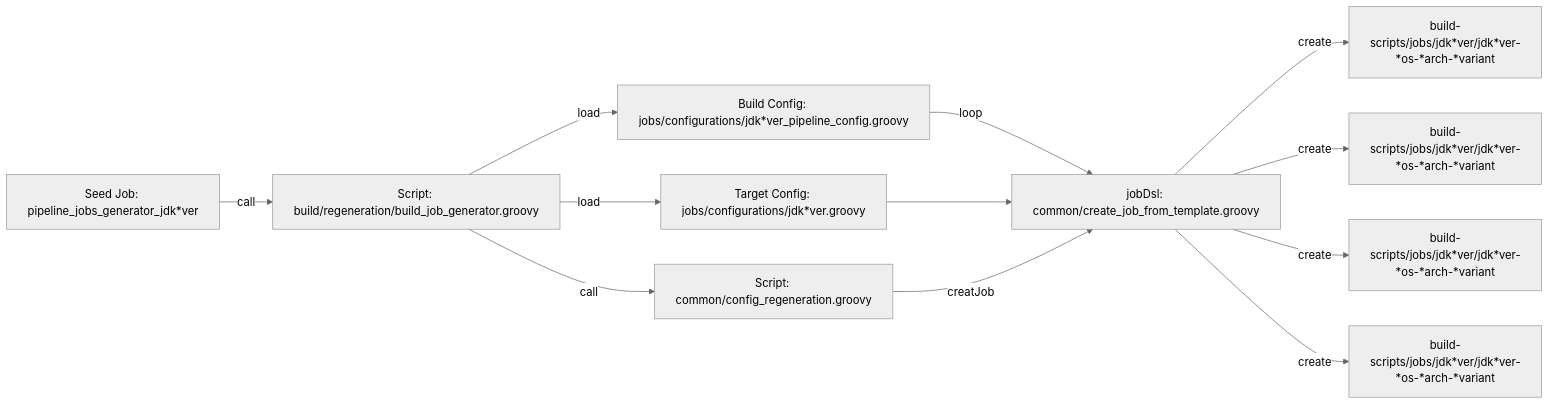
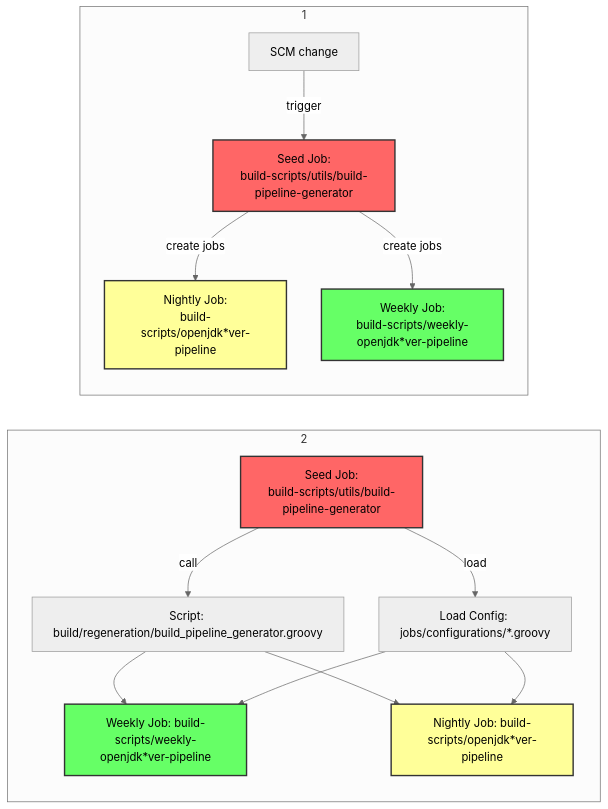
The second of 9 diagrams in docs/diagram.md (adoptium/ci-jenkins-pipelines), drawn with Mermaid (neutral theme) before and after one commit. The commit also changed other lines of this file, not shown here.

````diff
--- a/docs/diagram.md
+++ b/docs/diagram.md
@@ -33,14 +35,27 @@
 ```mermaid
 flowchart  LR
-Seed2[Seed Job: pipeline_jobs_generator_jdk*ver] --call-->
-Call2[Script: build/regeneration/build_job_generator.groovy]
 
-Call2 --load--> Load1[Build Config: jobs/configurations/jdk*ver_pipeline_config.groovy] --loop--> DSL[jobDsl: common/create_job_from_template.groovy]
-Call2 --load--> Load2[Target Config: jobs/configurations/jdk*ver.groovy] --> DSL
-Call2 --call--> Load3[Script: common/config_regeneration.groovy] --creatJob--> DSL
+subgraph 1
 
-DSL --create--> DS1[build-scripts/jobs/jdk*ver/jdk*ver-*os-*arch-*variant]
-DSL --create--> DS2[build-scripts/jobs/jdk*ver/jdk*ver-*os-*arch-*variant]
-DSL --create--> DS3[build-scripts/jobs/jdk*ver/jdk*ver-*os-*arch-*variant]
-DSL --create--> DS4[build-scripts/jobs/jdk*ver/jdk*ver-*os-*arch-*variant]
+Trigger[SCM change] --trigger--> Seed1["Seed Job:\nbuild-scripts/utils/build-pipeline-generator"]
+Seed1 --create jobs--> Pipelinen1["Nightly Job:\nbuild-scripts/openjdk*ver-pipeline"]
+Seed1 --create jobs--> Pipelinew1["Weekly Job:\nbuild-scripts/weekly-openjdk*ver-pipeline"]
+
+end
+
+subgraph 2
+
+Seed["Seed Job:\nbuild-scripts/utils/build-pipeline-generator"] --call--> Call1["Script: build/regeneration/build_pipeline_generator.groovy"]
+Seed--load--> Load1["Load Config: jobs/configurations/*.groovy"]
+Call1 & Load1--> Pipelinew["Weekly Job: build-scripts/weekly-openjdk*ver-pipeline"] & Pipelinen["Nightly Job: build-scripts/openjdk*ver-pipeline"]
+
+end
+
+classDef red fill:#ff6666,stroke:#333,stroke-width:2px
+classDef yellow fill:#ffff99,stroke:#333,stroke-width:2px
+classDef green fill:#66ff66,stroke:#333,stroke-width:2px
+class Seed1,Seed red
+class Pipelinen1,Pipelinen yellow
+class Pipelinew1,Pipelinew green
+
 ```
````
